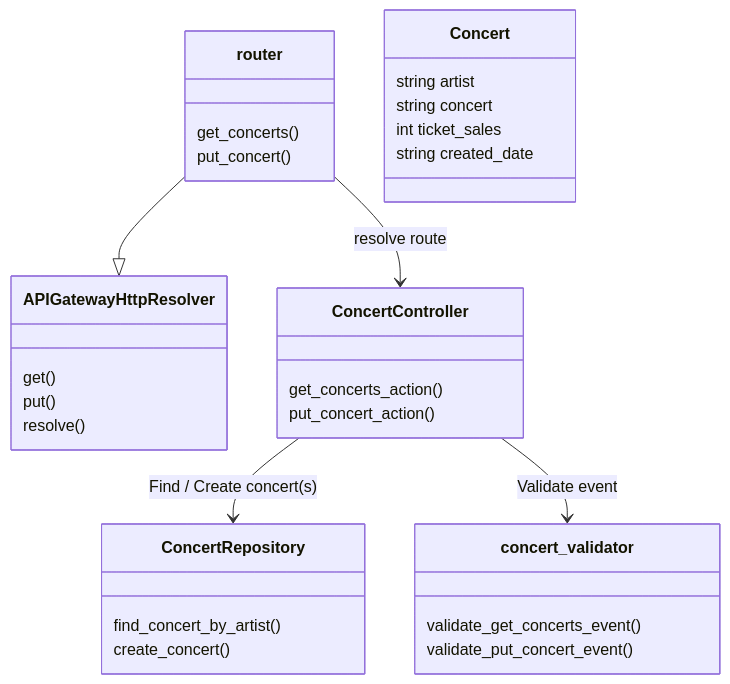
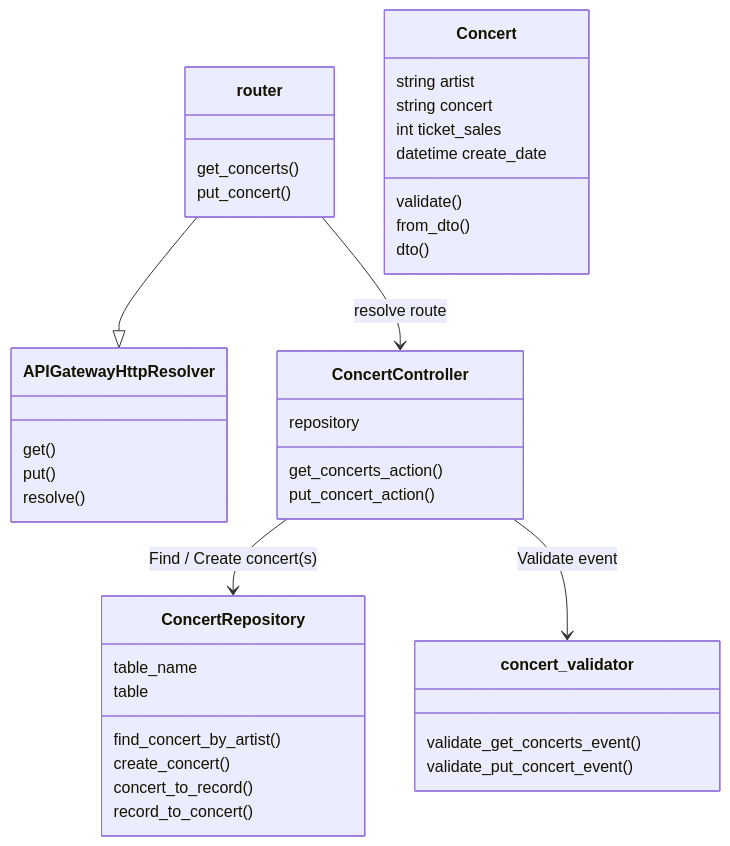
The third of 4 diagrams in README.md (moonline/Lab.AWS.API-Gateway), drawn with Mermaid before and after one commit. The commit also changed other lines of this file and 10 other files, not shown here.

````diff
--- a/README.md
+++ b/README.md
@@ -127,36 +91,47 @@
 ```mermaid
 classDiagram
 
 class APIGatewayHttpResolver {
    get()
    put()
    resolve()
 }
 
 router --|> APIGatewayHttpResolver
 router: get_concerts()
 router: put_concert()
 router --> ConcertController: resolve route
 
 class ConcertController {
+   repository
+
    get_concerts_action()
    put_concert_action()
 }
 ConcertController --> ConcertRepository: Find / Create concert(s)
 ConcertController --> concert_validator: Validate event
 
 concert_validator: validate_get_concerts_event()
 concert_validator: validate_put_concert_event()
 
 class Concert {
    string artist
    string concert
    int ticket_sales
-   string created_date
+   datetime create_date
+
+   validate()
+   from_dto()
+   dto()
 }
 
 class ConcertRepository {
+   table_name
+   table
+
    find_concert_by_artist()
    create_concert()
+   concert_to_record()
+   record_to_concert()
 }
 ```
````
